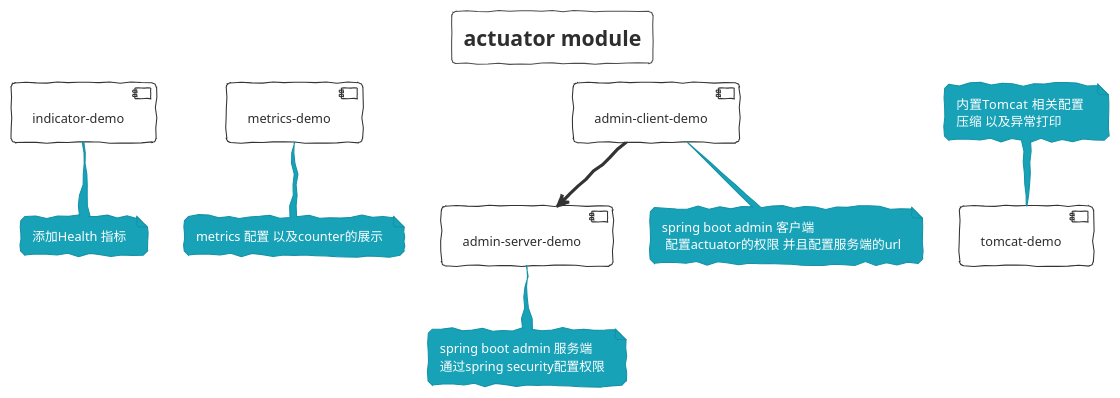
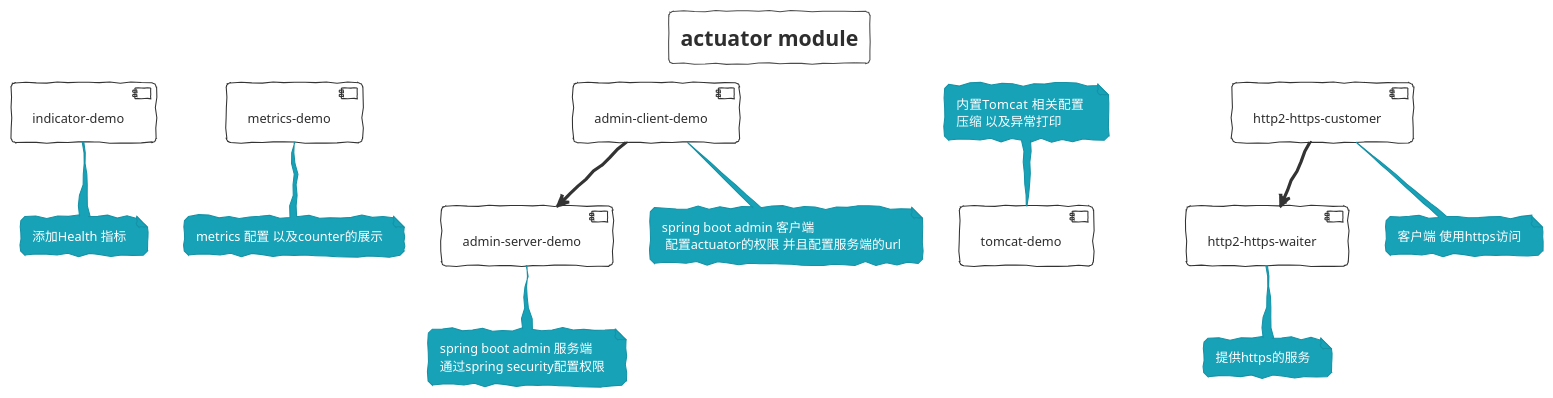
Before and after one commit to FantasybabyChange/springStudyProject: the diagram in spring-boot-actuator/Module.puml, drawn with PlantUML. The commit also changed 4 other files, not shown here.

```diff
--- a/spring-boot-actuator/Module.puml
+++ b/spring-boot-actuator/Module.puml
@@ -1,29 +1,41 @@
 @startuml ACTUATOR_MODULE
 !theme sketchy-outline
 title actuator module
 [indicator-demo] as id
 [metrics-demo] as md
 [admin-server-demo] as asd
 [admin-client-demo] as acd
 [tomcat-demo] as td
+
+[http2-https-customer] as hhc
+[http2-https-waiter] as hhw
 note bottom of id
     添加Health 指标
 end note
 
 note bottom of md
   metrics 配置 以及counter的展示
 end note
 note bottom of asd
  spring boot admin 服务端
  通过spring security配置权限
 end note
 note bottom of acd
 spring boot admin 客户端
  配置actuator的权限 并且配置服务端的url
 end note
 acd -->asd
 note top of td
 内置Tomcat  相关配置 
 压缩 以及异常打印
 end note
+
+note bottom of hhc
+客户端 使用https访问
+end note
+
+note bottom of hhw
+提供https的服务
+end note
+hhc-->hhw
 @enduml
```
